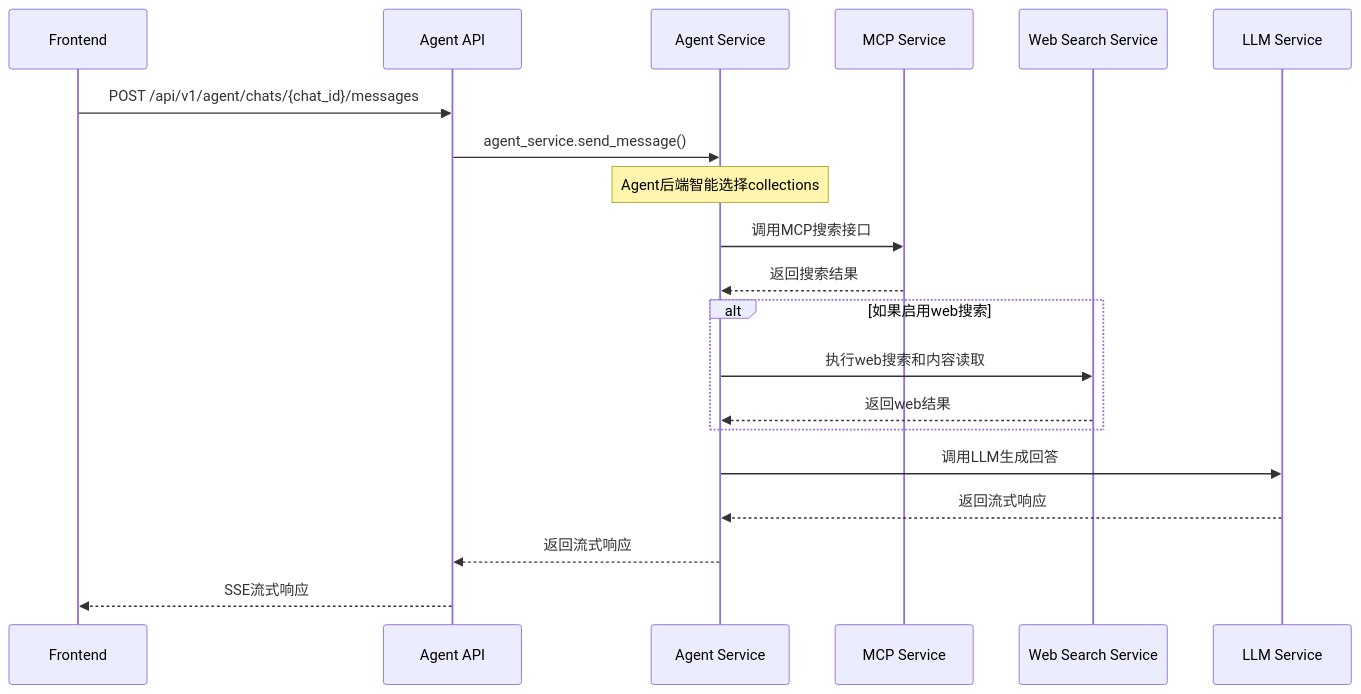
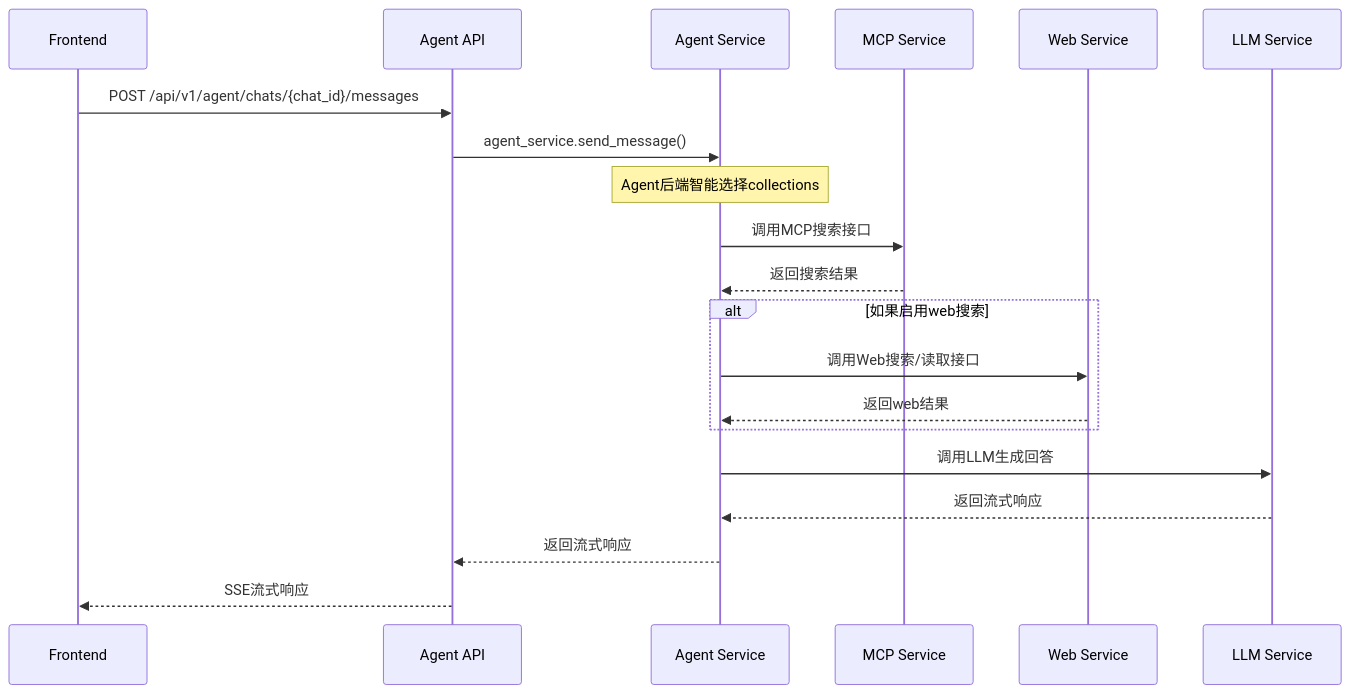
One commit to apecloud/ApeRAG changed the second of 3 diagrams in docs/design/agent-backend-zh.md. Above: the diagram before and after it, drawn with Mermaid. The commit also changed other lines of this file, not shown here.

````diff
--- a/docs/design/agent-backend-zh.md
+++ b/docs/design/agent-backend-zh.md
@@ -312,26 +296,26 @@
 ```mermaid
 sequenceDiagram
     participant F as Frontend
     participant A as Agent API
     participant S as Agent Service
     participant MCP as MCP Service
-    participant WS as Web Search Service
+    participant WS as Web Service
     participant LLM as LLM Service
     
     F->>A: POST /api/v1/agent/chats/{chat_id}/messages
     A->>S: agent_service.send_message()
     
     Note over S: Agent后端智能选择collections
     S->>MCP: 调用MCP搜索接口
     MCP-->>S: 返回搜索结果
     
     alt 如果启用web搜索
-        S->>WS: 执行web搜索和内容读取
+        S->>WS: 调用Web搜索/读取接口
         WS-->>S: 返回web结果
     end
     
     S->>LLM: 调用LLM生成回答
     LLM-->>S: 返回流式响应
     S-->>A: 返回流式响应
     A-->>F: SSE流式响应
 ```
````
